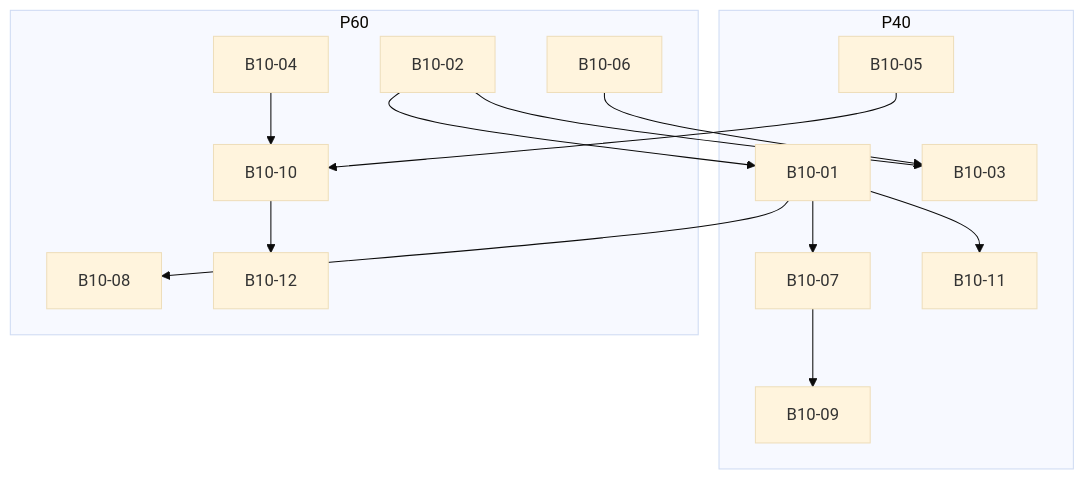
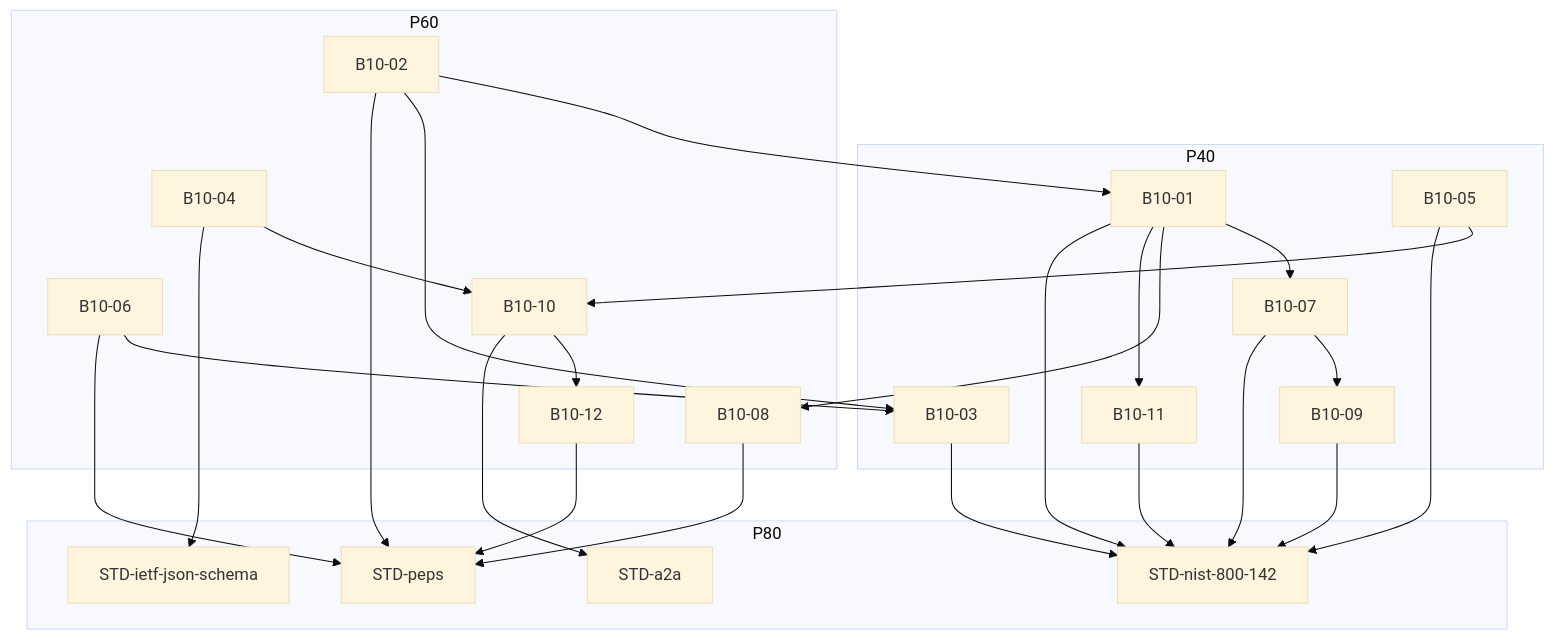
Before and after one commit to Monyeah777/NarrativeForge: the diagram in community/测试与用例生成域包/outputs/charts/CONCEPT_DAG.mmd, drawn with Mermaid (base theme). The commit also changed 721 other files, not shown here.

```diff
--- a/community/测试与用例生成域包/outputs/charts/CONCEPT_DAG.mmd
+++ b/community/测试与用例生成域包/outputs/charts/CONCEPT_DAG.mmd
@@ -1,28 +1,46 @@
 %% 概念前置图（由 community/测试与用例生成域包/assets/CONCEPT_GRAPH.md 确定性派生；唯一机读真相在资产 §4 围栏块）
 flowchart TD
   subgraph P40[P40]
     B10-01
     B10-03
     B10-05
     B10-07
     B10-09
     B10-11
   end
   subgraph P60[P60]
     B10-02
     B10-04
     B10-06
     B10-08
     B10-10
     B10-12
   end
+  subgraph P80[P80]
+    STD-a2a
+    STD-ietf-json-schema
+    STD-nist-800-142
+    STD-peps
+  end
   B10-02 --> B10-01
   B10-02 --> B10-03
   B10-06 --> B10-03
   B10-01 --> B10-07
   B10-01 --> B10-08
   B10-07 --> B10-09
   B10-04 --> B10-10
   B10-05 --> B10-10
   B10-01 --> B10-11
   B10-10 --> B10-12
+  B10-10 --> STD-a2a
+  B10-04 --> STD-ietf-json-schema
+  B10-01 --> STD-nist-800-142
+  B10-03 --> STD-nist-800-142
+  B10-05 --> STD-nist-800-142
+  B10-07 --> STD-nist-800-142
+  B10-09 --> STD-nist-800-142
+  B10-11 --> STD-nist-800-142
+  B10-02 --> STD-peps
+  B10-06 --> STD-peps
+  B10-08 --> STD-peps
+  B10-12 --> STD-peps
```
